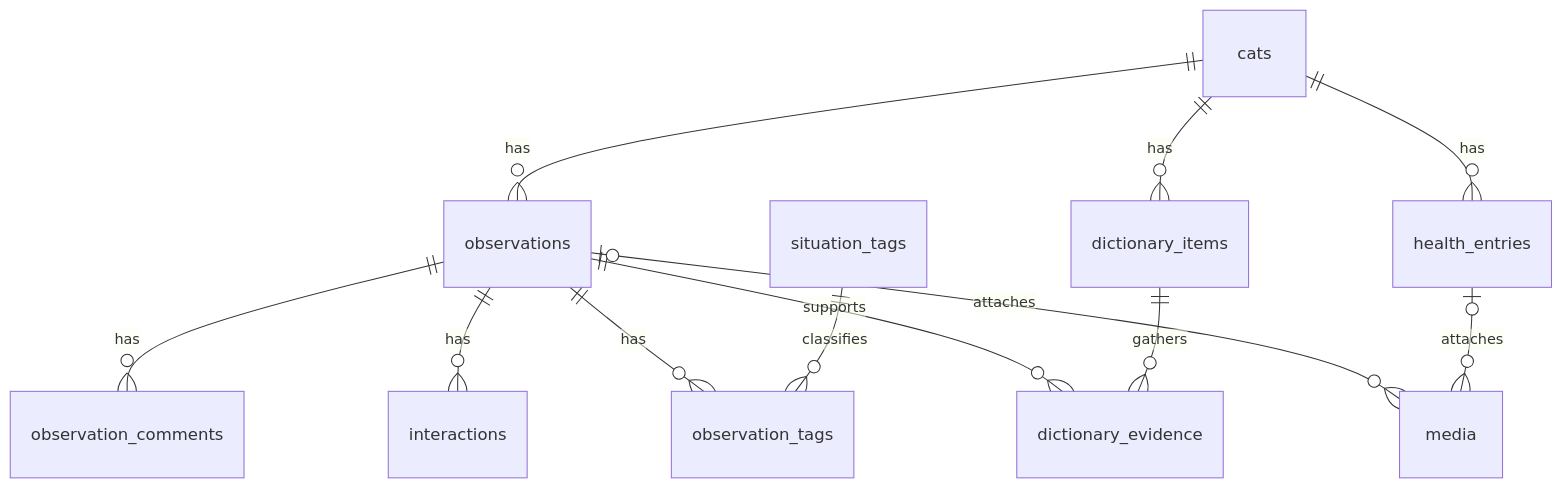
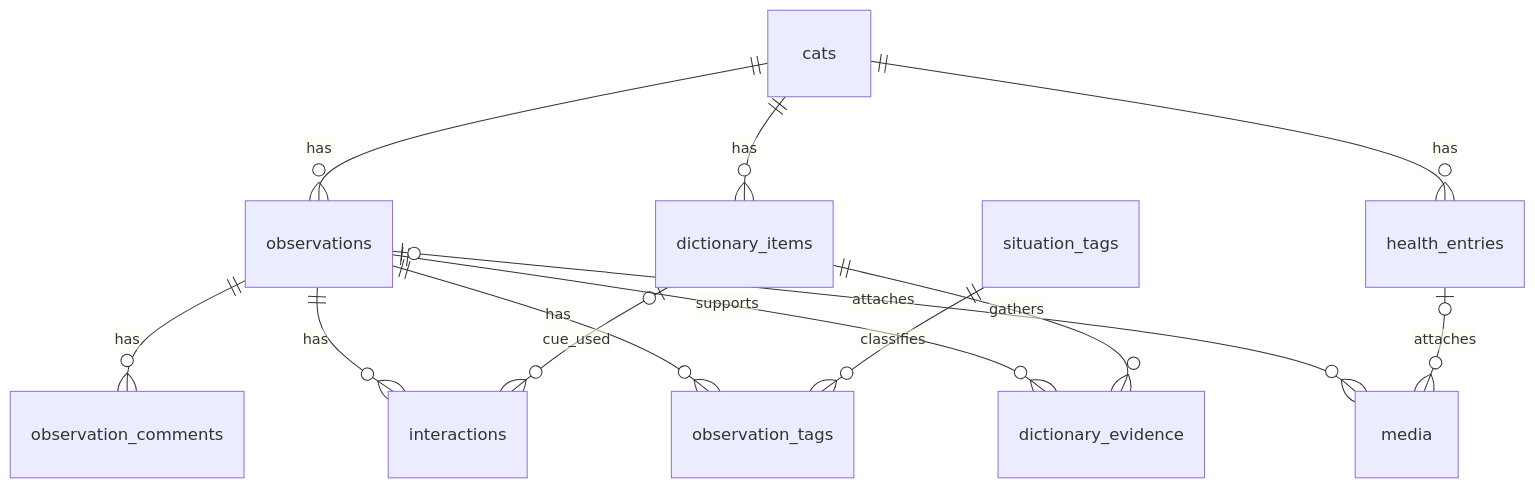
The diagram in docs/design.md (atsushi-ambo/project-meme), drawn with Mermaid before and after one commit. The commit also changed other lines of this file and 2 other files, not shown here.

Commit message:
docs: resolve schema and media lifecycle review findings

````diff
--- a/docs/design.md
+++ b/docs/design.md
@@ -83,14 +83,15 @@
 ```mermaid
 erDiagram
     cats ||--o{ observations : has
     cats ||--o{ health_entries : has
     cats ||--o{ dictionary_items : has
     observations ||--o{ observation_comments : has
     observations ||--o{ interactions : has
+    dictionary_items o|--o{ interactions : cue_used
     observations ||--o{ observation_tags : has
     situation_tags ||--o{ observation_tags : classifies
     observations ||--o{ dictionary_evidence : supports
     dictionary_items ||--o{ dictionary_evidence : gathers
     observations o|--o{ media : attaches
     health_entries o|--o{ media : attaches
 ```
````
